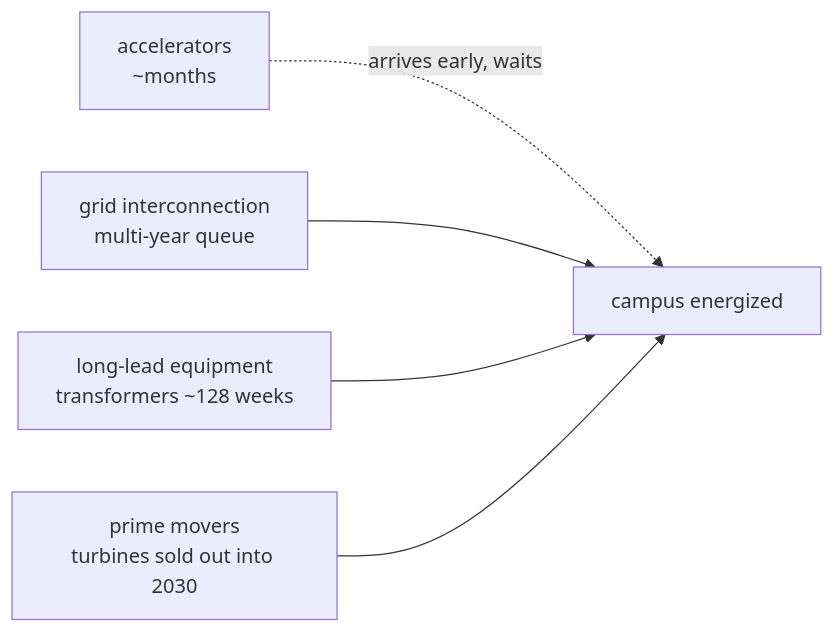
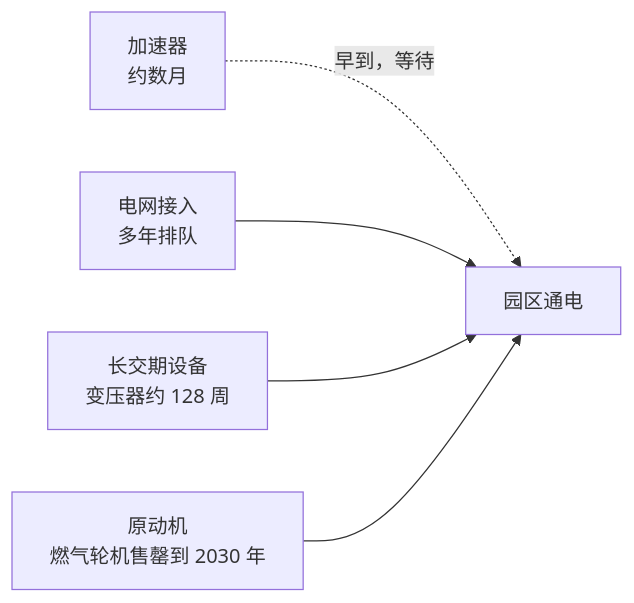
Before and after one commit to latere-ai/ai-as-an-infrastructure: the first of 2 diagrams in zh/infrastructure/05-powering-it.qmd, drawn with Mermaid. The commit also changed other lines of this file and 273 other files, not shown here.

Commit message:
docs: localize Chinese diagrams

````diff
--- a/zh/infrastructure/05-powering-it.qmd
+++ b/zh/infrastructure/05-powering-it.qmd
@@ -15,14 +15,14 @@
 ```{mermaid}
 %%| label: fig-powering-queues
 %%| fig-cap: "把通电时间看作三道串联的排队。一座前沿园区只有在最慢的那道清空时才通电，所以瓶颈约束是日历时间，而非发电容量。相比之下，芯片以月计就能出货。"
 flowchart LR
-  chip["accelerators<br/>~months"]
-  q1["grid interconnection<br/>multi-year queue"]
-  q2["long-lead equipment<br/>transformers ~128 weeks"]
-  q3["prime movers<br/>turbines sold out into 2030"]
-  live["campus energized"]
-  chip -.arrives early, waits.-> live
+  chip["加速器<br/>约数月"]
+  q1["电网接入<br/>多年排队"]
+  q2["长交期设备<br/>变压器约 128 周"]
+  q3["原动机<br/>燃气轮机售罄到 2030 年"]
+  live["园区通电"]
+  chip -.早到，等待.-> live
   q1 --> live
   q2 --> live
   q3 --> live
 ```
````
